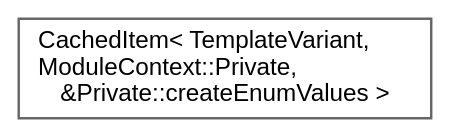
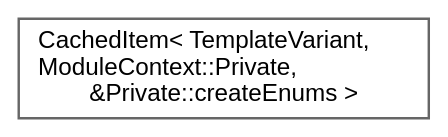
One commit to Mu-L/doxygen changed the diagram in inherit_graph_218.dot. Above: the diagram before and after it, drawn with Graphviz. The commit also changed 4545 other files, not shown here.

```diff
--- a/inherit_graph_218.dot
+++ b/inherit_graph_218.dot
@@ -1,10 +1,10 @@
 digraph "Graphical Class Hierarchy"
 {
  // INTERACTIVE_SVG=YES
  // LATEX_PDF_SIZE
   bgcolor="transparent";
   edge [fontname=Helvetica,fontsize=10,labelfontname=Helvetica,labelfontsize=10];
   node [fontname=Helvetica,fontsize=10,shape=box,height=0.2,width=0.4];
   rankdir="LR";
-  Node0 [label="CachedItem\< TemplateVariant,\l ModuleContext::Private,\l &Private::createEnumValues \>",height=0.2,width=0.4,color="grey40", fillcolor="white", style="filled",URL="$d7/dc1/class_cached_item.html",tooltip=" "];
+  Node0 [label="CachedItem\< TemplateVariant,\l ModuleContext::Private,\l &Private::createEnums \>",height=0.2,width=0.4,color="grey40", fillcolor="white", style="filled",URL="$d7/dc1/class_cached_item.html",tooltip=" "];
 }
```
